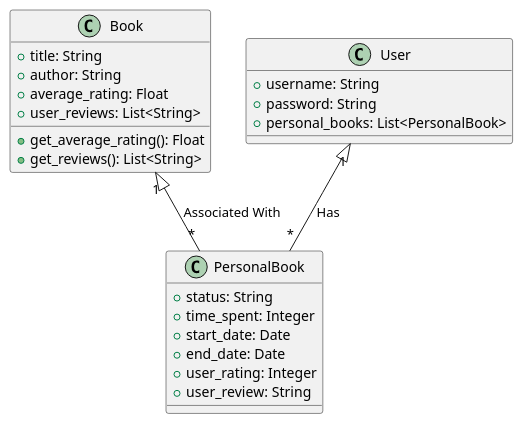
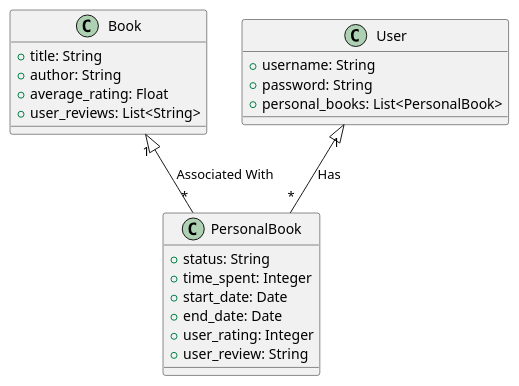
Before and after one commit to RamilZohrabli/Library-Management-System: the diagram in UmlDiagram.puml, drawn with PlantUML.

Commit message:
Some modifications in UML diagram

```diff
--- a/UmlDiagram.puml
+++ b/UmlDiagram.puml
@@ -1,28 +1,26 @@
 @startuml Book Management Application
 class Book {
   +title: String
   +author: String
   +average_rating: Float
   +user_reviews: List<String>
-  +get_average_rating(): Float
-  +get_reviews(): List<String>
 }
 
 class User {
   +username: String
   +password: String
   +personal_books: List<PersonalBook>
 }
 
 class PersonalBook {
   +status: String
   +time_spent: Integer
   +start_date: Date
   +end_date: Date
   +user_rating: Integer
   +user_review: String
 }
 
 Book "1" <|-- "*" PersonalBook : "Associated With"
 User "1" <|-- "*" PersonalBook : "Has"
 @enduml
```
